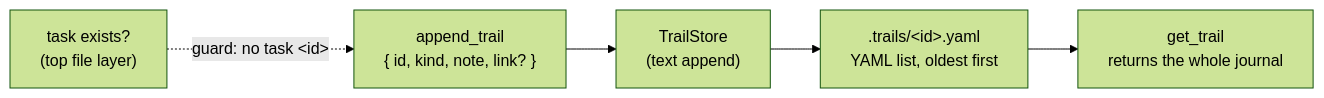
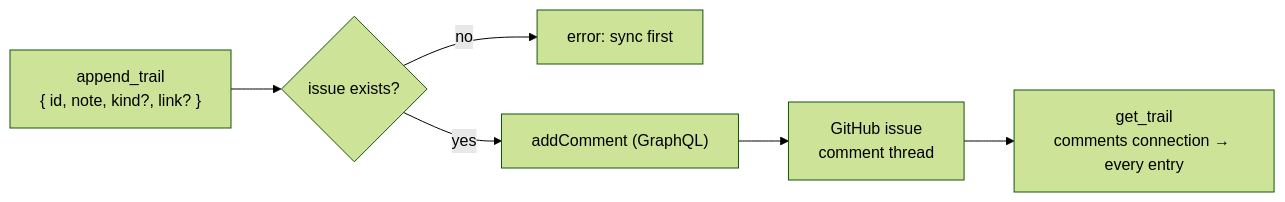
Before and after one commit to outputty/tasks-mcp: the diagram in .claude/architecture/trails.md, drawn with Mermaid (forest theme). The commit also changed other lines of this file and 22 other files, not shown here.

First line of the commit message:
Trails backed by GitHub issue comments (v0.10.0) (#22)

````diff
--- a/.claude/architecture/trails.md
+++ b/.claude/architecture/trails.md
@@ -8,7 +8,8 @@
 ```mermaid
 flowchart LR
-    tool["append_trail\n{ id, kind, note, link? }"] --> store["TrailStore\n(text append)"]
-    store --> file[".trails/&lt;id&gt;.yaml\nYAML list, oldest first"]
-    file --> read["get_trail\nreturns the whole journal"]
-    task["task exists?\n(top file layer)"] -.->|"guard: no task &lt;id&gt;"| tool
+    tool["append_trail\n{ id, note, kind?, link? }"] --> guard{issue exists?}
+    guard -->|"no"| stop["error: sync first"]
+    guard -->|"yes"| add["addComment (GraphQL)"]
+    add --> issue["GitHub issue\ncomment thread"]
+    issue --> read["get_trail\ncomments connection → every entry"]
 ```
````
